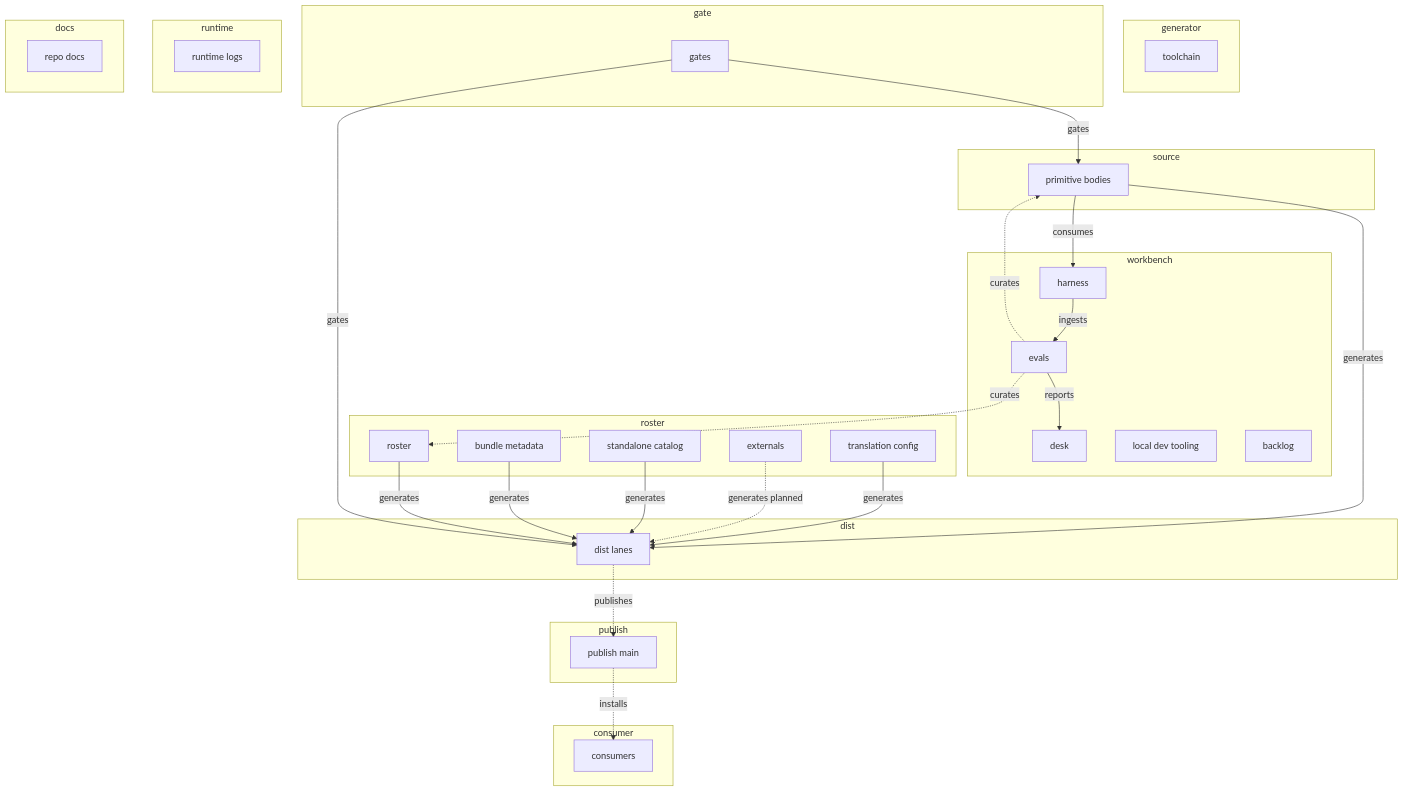
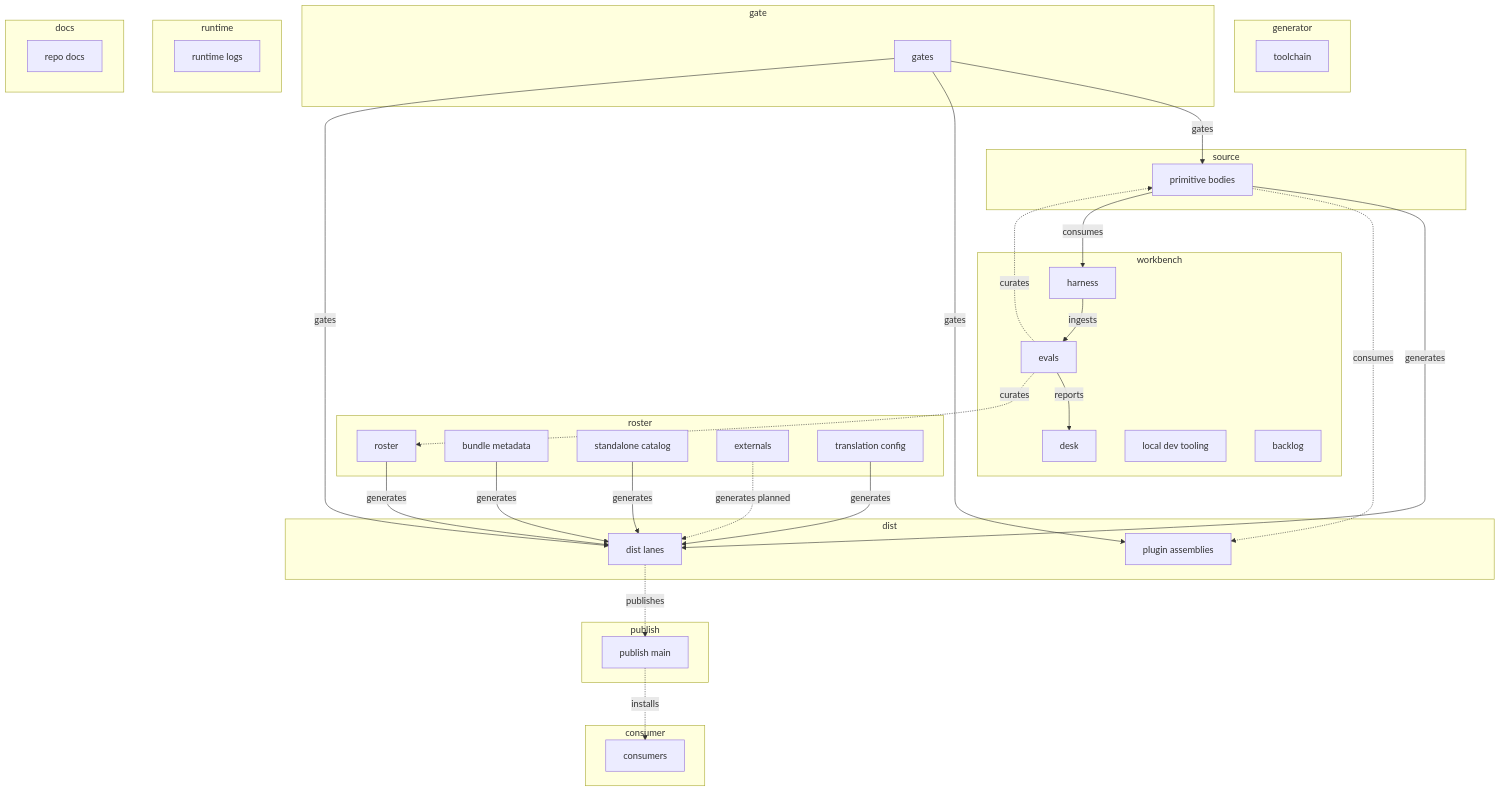
One commit to hsb3/dotfiles-agents changed the diagram in docs/FLOW.md. Above: the diagram before and after it, drawn with Mermaid. The commit also changed 119 other files, not shown here.

````diff
--- a/docs/FLOW.md
+++ b/docs/FLOW.md
@@ -30,57 +30,60 @@
 ```mermaid
 flowchart TD
   subgraph L_roster[roster]
     N_roster[roster]
     N_bundle_metadata[bundle metadata]
     N_standalone_catalog[standalone catalog]
     N_externals[externals]
     N_translation_config[translation config]
   end
   subgraph L_source[source]
     N_primitive_bodies[primitive bodies]
   end
   subgraph L_generator[generator]
     N_toolchain[toolchain]
   end
   subgraph L_gate[gate]
     N_gates[gates]
   end
   subgraph L_dist[dist]
     N_dist_lanes[dist lanes]
+    N_plugin_assemblies[plugin assemblies]
   end
   subgraph L_publish[publish]
     N_publish_main[publish main]
   end
   subgraph L_consumer[consumer]
     N_consumers[consumers]
   end
   subgraph L_workbench[workbench]
     N_desk[desk]
     N_harness[harness]
     N_evals[evals]
     N_local_dev_tooling[local dev tooling]
     N_backlog[backlog]
   end
   subgraph L_runtime[runtime]
     N_runtime_logs[runtime logs]
   end
   subgraph L_docs[docs]
     N_repo_docs[repo docs]
   end
   N_roster -->|generates| N_dist_lanes
   N_primitive_bodies -->|generates| N_dist_lanes
   N_bundle_metadata -->|generates| N_dist_lanes
   N_standalone_catalog -->|generates| N_dist_lanes
   N_gates -->|gates| N_primitive_bodies
+  N_primitive_bodies -.->|consumes| N_plugin_assemblies
+  N_gates -->|gates| N_plugin_assemblies
   N_gates -->|gates| N_dist_lanes
   N_primitive_bodies -->|consumes| N_harness
   N_harness -->|ingests| N_evals
   N_evals -->|reports| N_desk
   N_dist_lanes -.->|publishes| N_publish_main
   N_publish_main -.->|installs| N_consumers
   N_evals -.->|curates| N_roster
   N_evals -.->|curates| N_primitive_bodies
   N_externals -.->|generates planned| N_dist_lanes
   N_translation_config -->|generates| N_dist_lanes
   classDef planned stroke-dasharray: 6 4
 ```
````
